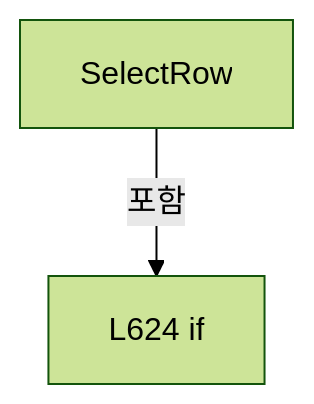
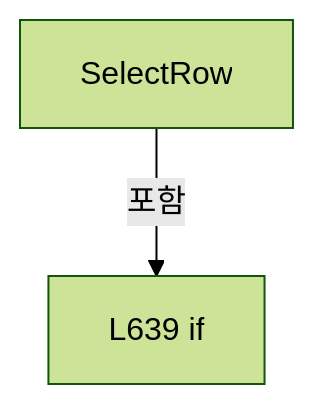
Diagram 15 of 18 in A3 LD Code Ref/files/Drilling.UI/Menu/Menus/CMenuCorrection.ReviewData.Offset.cs.md (kjuws10-rgb/Shared), drawn with Mermaid (forest theme) before and after one commit. The commit also changed other lines of this file and 2071 other files, not shown here.

Commit message:
docs(a3): update 11.19.0 architecture and code reference

````diff
--- a/A3 LD Code Ref/files/Drilling.UI/Menu/Menus/CMenuCorrection.ReviewData.Offset.cs.md
+++ b/A3 LD Code Ref/files/Drilling.UI/Menu/Menus/CMenuCorrection.ReviewData.Offset.cs.md
@@ -2691,6 +2701,6 @@
 ```mermaid
 flowchart TD
  M["SelectRow"]
- N0["L624 if"]
+ N0["L639 if"]
  M -->|포함| N0
 ```
````
